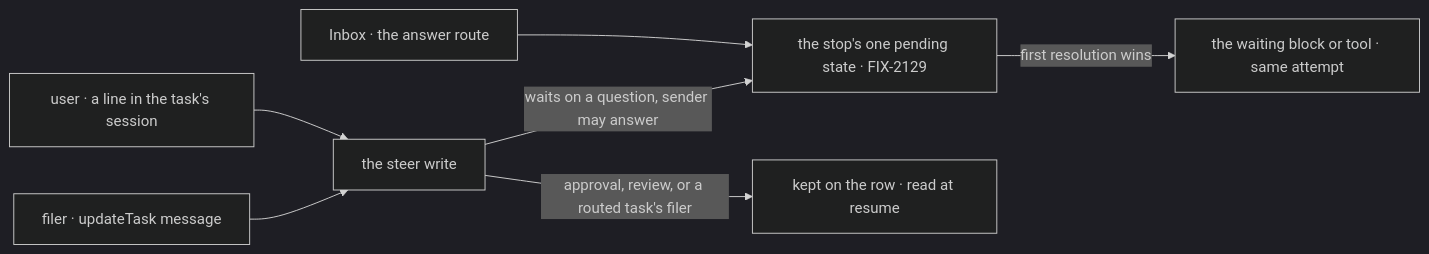
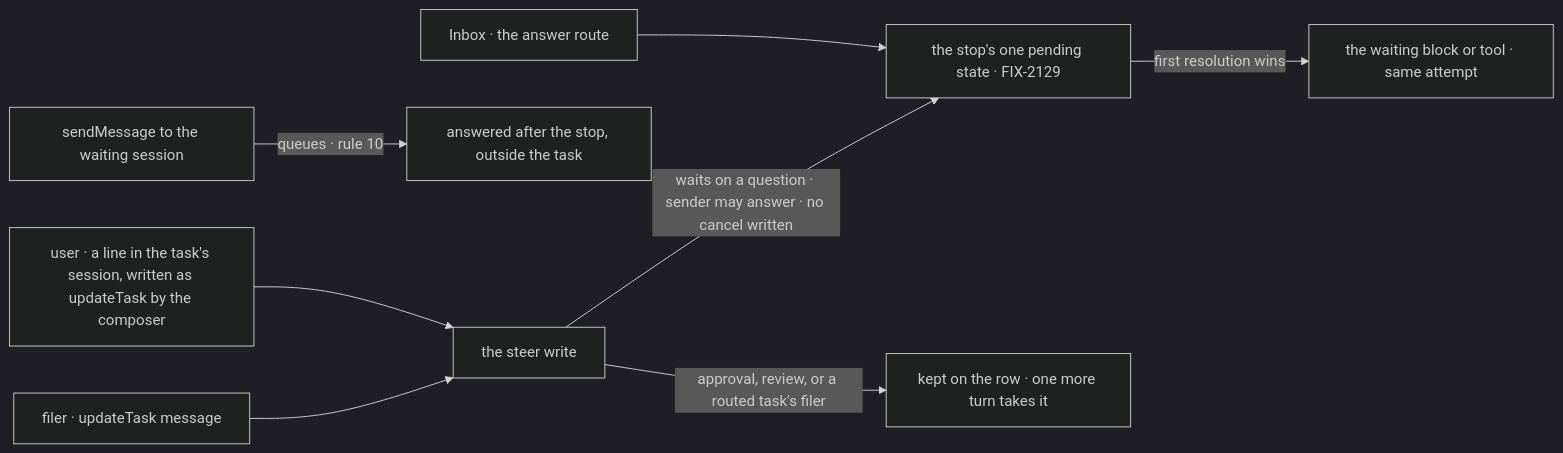
The second of 2 diagrams in specs/issues/FIX-2131/SPEC.md (fixpoint-labs/flow-state-dev), drawn with Mermaid (dark theme) before and after one commit. The commit also changed other lines of this file and 1 other file, not shown here.

First line of the commit message:
spec(FIX-2131): round 1 — session line as a steer, every parked surface named

````diff
--- a/specs/issues/FIX-2131/SPEC.md
+++ b/specs/issues/FIX-2131/SPEC.md
@@ -95,9 +95,10 @@
 ```mermaid
 flowchart LR
   F["filer · updateTask message"] --> S["the steer write"]
-  U["user · a line in the task's session"] --> S
-  S -->|"waits on a question, sender may answer"| X["the stop's one pending state · FIX-2129"]
-  S -->|"approval, review, or a routed task's filer"| K["kept on the row · read at resume"]
+  U["user · a line in the task's session, written as updateTask by the composer"] --> S
+  M["sendMessage to the waiting session"] -->|"queues · rule 10"| Q["answered after the stop, outside the task"]
+  S -->|"waits on a question · sender may answer · no cancel written"| X["the stop's one pending state · FIX-2129"]
+  S -->|"approval, review, or a routed task's filer"| K["kept on the row · one more turn takes it"]
   I["Inbox · the answer route"] --> X
   X -->|"first resolution wins"| B["the waiting block or tool · same attempt"]
 ```
````
